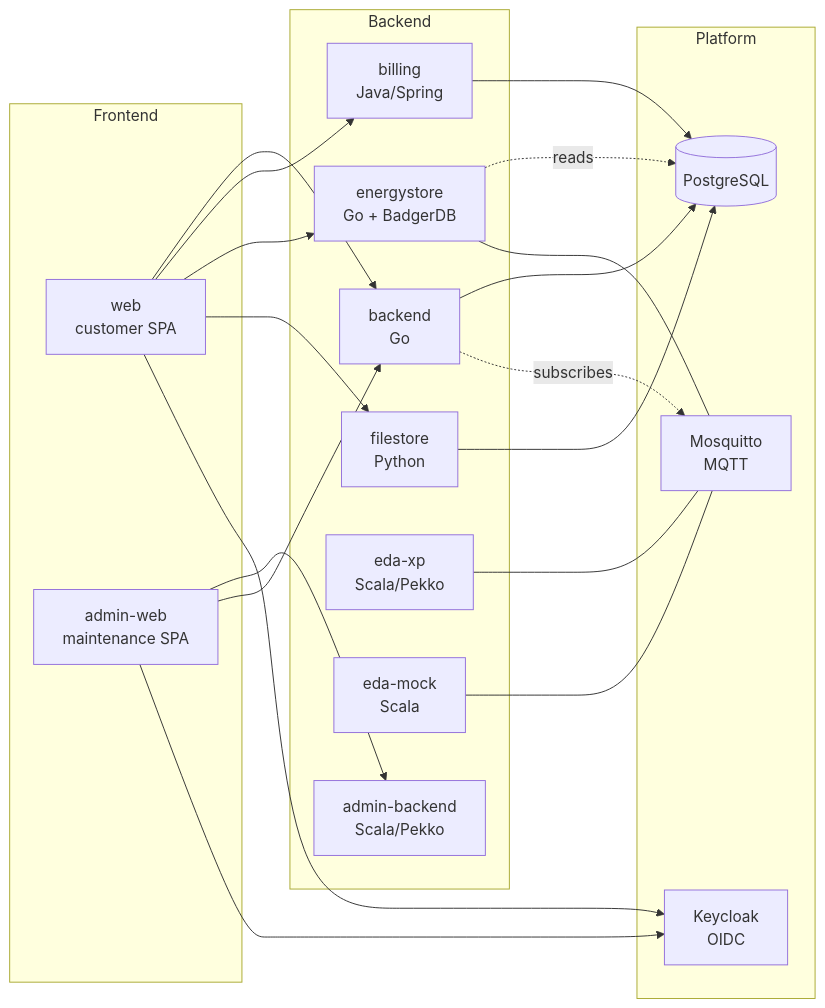
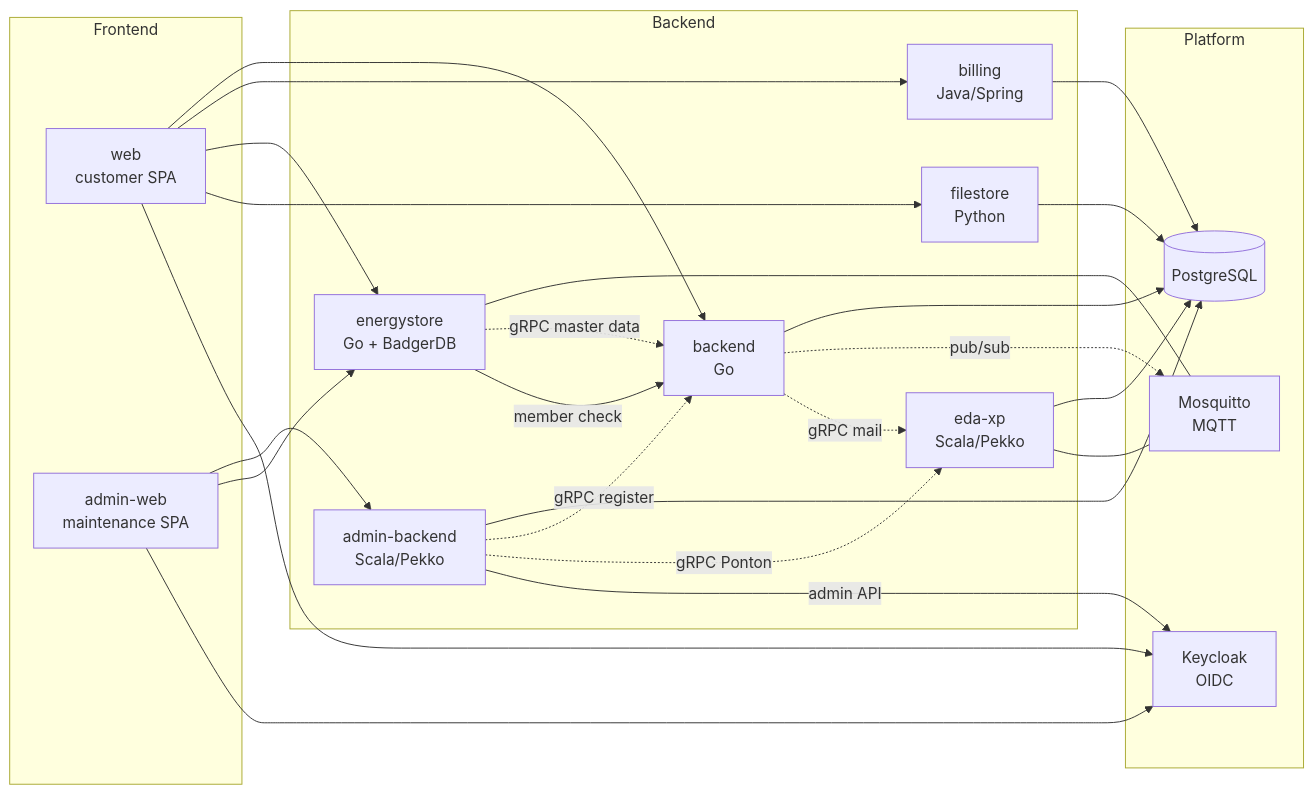
Before and after one commit to eegfaktura/eegfaktura-docs: the diagram in docs/architecture/overview.md, drawn with Mermaid. The commit also changed other lines of this file and 27 other files, not shown here.

````diff
--- a/docs/architecture/overview.md
+++ b/docs/architecture/overview.md
@@ -7,42 +7,48 @@
 ```mermaid
 flowchart LR
   subgraph Frontend
     WEB[web<br/>customer SPA]
     AWEB[admin-web<br/>maintenance SPA]
   end
 
   subgraph Backend
     BE[backend<br/>Go]
     BI[billing<br/>Java/Spring]
     ES[energystore<br/>Go + BadgerDB]
     FS[filestore<br/>Python]
     EX[eda-xp<br/>Scala/Pekko]
-    EM[eda-mock<br/>Scala]
     AB[admin-backend<br/>Scala/Pekko]
   end
 
   subgraph Platform
     KC[Keycloak<br/>OIDC]
     PG[(PostgreSQL)]
     MQ[Mosquitto<br/>MQTT]
   end
 
   WEB --> BE
   WEB --> BI
   WEB --> ES
   WEB --> FS
   AWEB --> AB
-  AWEB --> BE
+  AWEB --> ES
   WEB --> KC
   AWEB --> KC
 
   BE --> PG
   BI --> PG
   FS --> PG
-  ES -.->|reads| PG
+  EX --> PG
+  AB --> PG
 
   ES --- MQ
   EX --- MQ
-  EM --- MQ
-  BE -.->|subscribes| MQ
+  BE -.->|pub/sub| MQ
+
+  BE -.->|gRPC mail| EX
+  ES -.->|gRPC master data| BE
+  ES -->|member check| BE
+  AB -.->|gRPC register| BE
+  AB -.->|gRPC Ponton| EX
+  AB -->|admin API| KC
 ```
````
